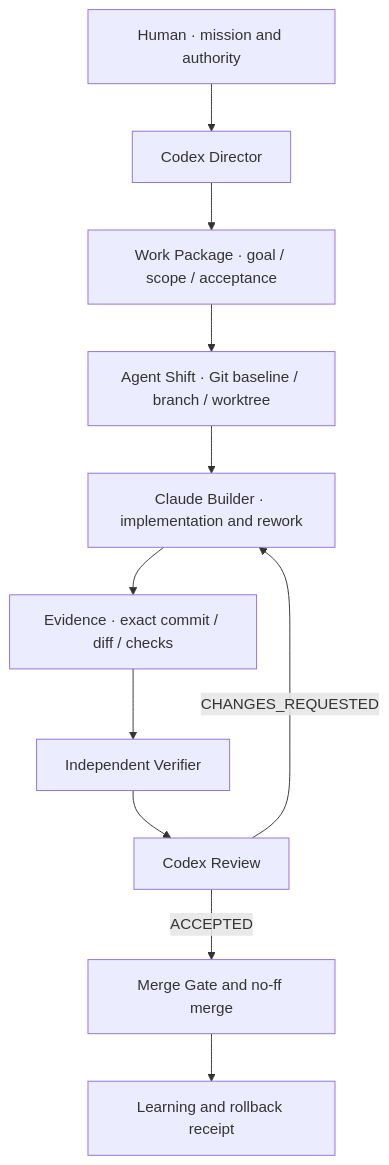
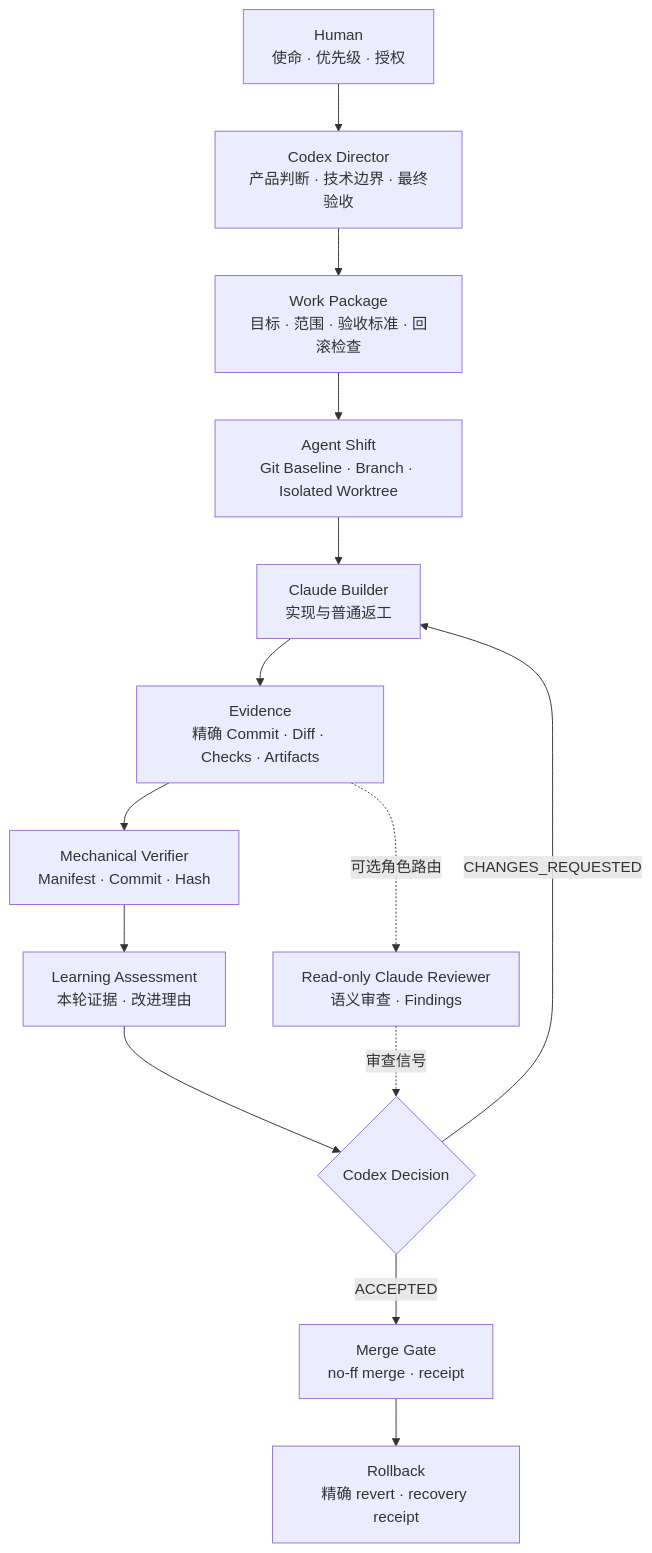
One commit to chukong-creator/agent-os-skill changed the first of 4 diagrams in README.md. Above: the diagram before and after it, drawn with Mermaid. The commit also changed other lines of this file and 1 other file, not shown here.

````diff
--- a/README.md
+++ b/README.md
@@ -24,13 +40,16 @@
 ```mermaid
 flowchart TD
-    H["Human · mission and authority"] --> C["Codex Director"]
-    C --> WP["Work Package · goal / scope / acceptance"]
-    WP --> AS["Agent Shift · Git baseline / branch / worktree"]
-    AS --> B["Claude Builder · implementation and rework"]
-    B --> E["Evidence · exact commit / diff / checks"]
-    E --> V["Independent Verifier"]
-    V --> R["Codex Review"]
-    R -->|"CHANGES_REQUESTED"| B
-    R -->|"ACCEPTED"| M["Merge Gate and no-ff merge"]
-    M --> L["Learning and rollback receipt"]
+    H["Human<br/>使命 · 优先级 · 授权"] --> C["Codex Director<br/>产品判断 · 技术边界 · 最终验收"]
+    C --> WP["Work Package<br/>目标 · 范围 · 验收标准 · 回滚检查"]
+    WP --> S["Agent Shift<br/>Git Baseline · Branch · Isolated Worktree"]
+    S --> B["Claude Builder<br/>实现与普通返工"]
+    B --> E["Evidence<br/>精确 Commit · Diff · Checks · Artifacts"]
+    E --> MV["Mechanical Verifier<br/>Manifest · Commit · Hash"]
+    E -. "可选角色路由" .-> RV["Read-only Claude Reviewer<br/>语义审查 · Findings"]
+    MV --> L["Learning Assessment<br/>本轮证据 · 改进理由"]
+    L --> D{"Codex Decision"}
+    RV -. "审查信号" .-> D
+    D -->|"CHANGES_REQUESTED"| B
+    D -->|"ACCEPTED"| M["Merge Gate<br/>no-ff merge · receipt"]
+    M --> RB["Rollback<br/>精确 revert · recovery receipt"]
 ```
````
